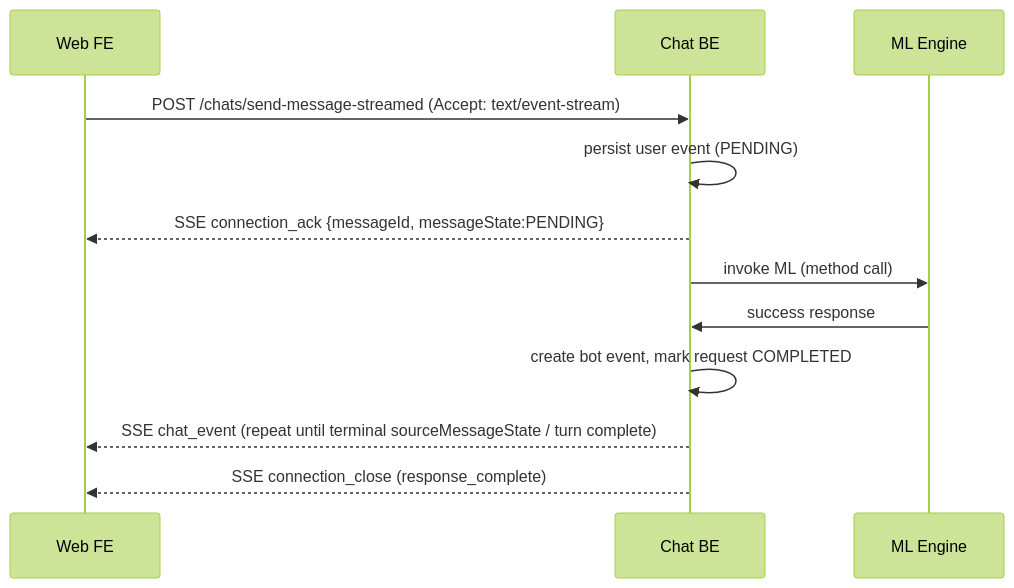
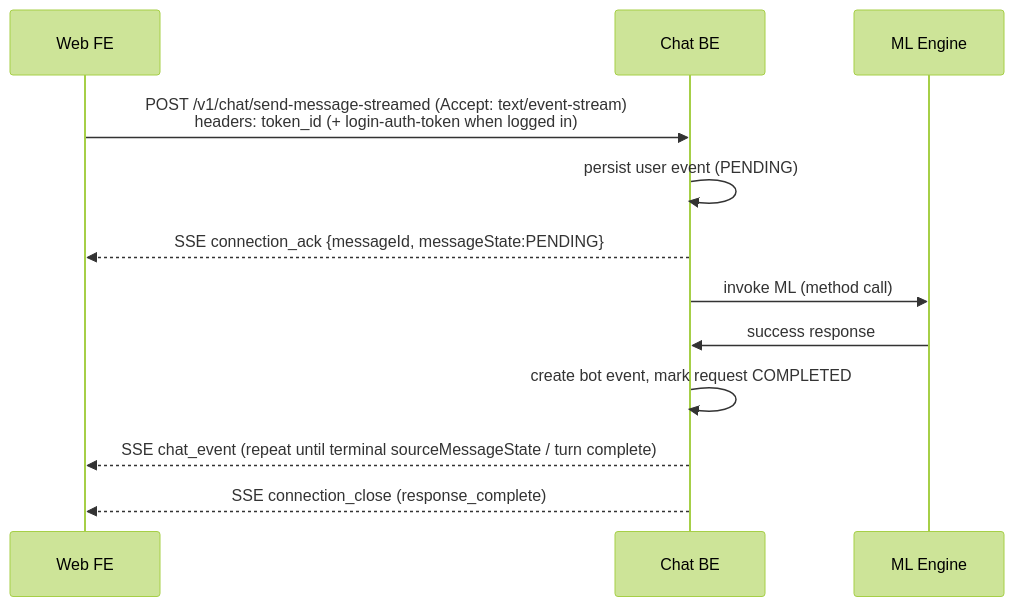
One commit to sachin-hg/chat-demo changed the first of 6 diagrams in chat_v1.md. Above: the diagram before and after it, drawn with Mermaid (forest theme). The commit also changed other lines of this file and 42 other files, not shown here.

````diff
--- a/chat_v1.md
+++ b/chat_v1.md
@@ -520,16 +525,16 @@
 ```mermaid
 sequenceDiagram
     participant FE as Web FE
     participant BE as Chat BE
     participant ML as ML Engine
 
-    FE->>BE: POST /chats/send-message-streamed (Accept: text/event-stream)
+    FE->>BE: POST /v1/chat/send-message-streamed (Accept: text/event-stream)<br/>headers: token_id (+ login-auth-token when logged in)
     BE->>BE: persist user event (PENDING)
     BE-->>FE: SSE connection_ack {messageId, messageState:PENDING}
     BE->>ML: invoke ML (method call)
 
     ML->>BE: success response
     BE->>BE: create bot event, mark request COMPLETED
     BE-->>FE: SSE chat_event (repeat until terminal sourceMessageState / turn complete)
     BE-->>FE: SSE connection_close (response_complete)
 ```
````
